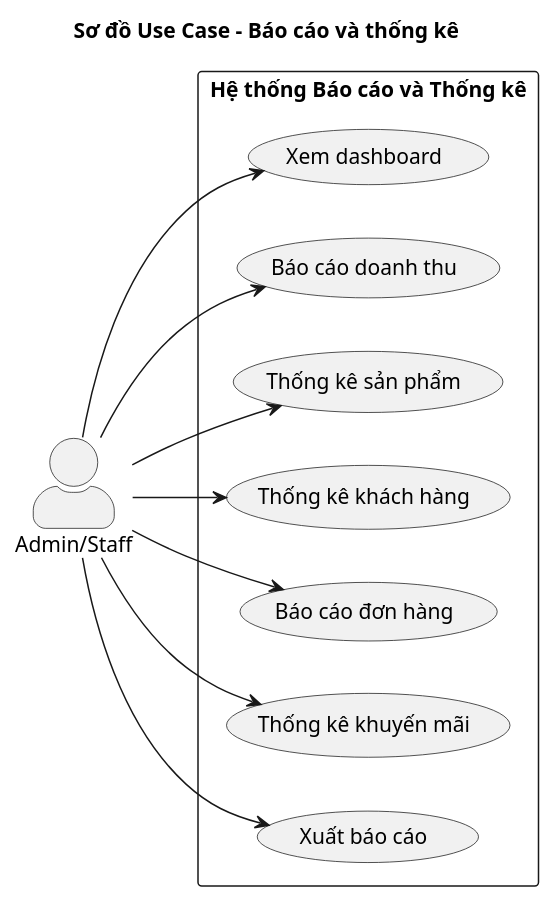
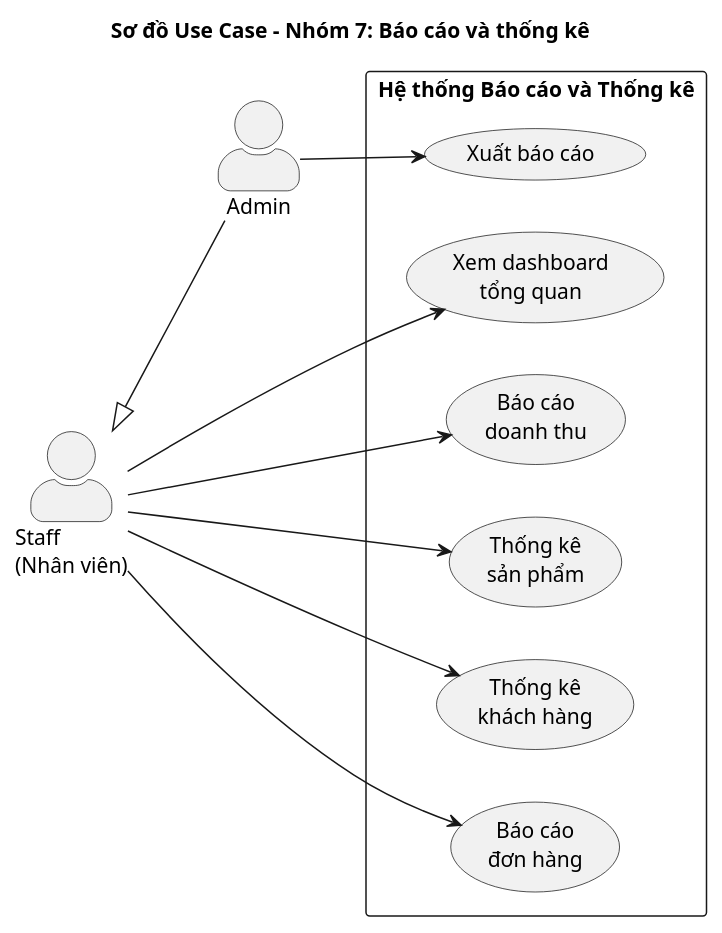
Before and after one commit to sangtm2612/DATN-BaoCao: the diagram in usecases/07_BaoCao_ThongKe.puml, drawn with PlantUML. The commit also changed 8 other files, not shown here.

```diff
--- a/usecases/07_BaoCao_ThongKe.puml
+++ b/usecases/07_BaoCao_ThongKe.puml
@@ -1,30 +1,35 @@
 @startuml 07_BaoCao_ThongKe
 skinparam actorStyle awesome
 skinparam packageStyle rectangle
 
-title Sơ đồ Use Case - Báo cáo và thống kê
+title Sơ đồ Use Case - Nhóm 7: Báo cáo và thống kê
 
 left to right direction
 
-actor "Admin/Staff" as admin
+actor "Staff\n(Nhân viên)" as staff
+actor "Admin" as admin
+
+' Quan hệ kế thừa - Admin có tất cả quyền của Staff
+staff <|-- admin
 
 package "Hệ thống Báo cáo và Thống kê" {
     
-    usecase "Xem dashboard" as UC701
-    usecase "Báo cáo doanh thu" as UC702
-    usecase "Thống kê sản phẩm" as UC703
-    usecase "Thống kê khách hàng" as UC704
-    usecase "Báo cáo đơn hàng" as UC705
-    usecase "Thống kê khuyến mãi" as UC706
-    usecase "Xuất báo cáo" as UC707
+    usecase "Xem dashboard\ntổng quan" as UC701
+    usecase "Báo cáo\ndoanh thu" as UC702
+    usecase "Thống kê\nsản phẩm" as UC703
+    usecase "Thống kê\nkhách hàng" as UC704
+    usecase "Báo cáo\nđơn hàng" as UC705
+    usecase "Xuất báo cáo" as UC706
 }
 
-admin --> UC701
-admin --> UC702
-admin --> UC703
-admin --> UC704
-admin --> UC705
+' Staff - xem báo cáo
+staff --> UC701
+staff --> UC702
+staff --> UC703
+staff --> UC704
+staff --> UC705
+
+' Admin - kế thừa Staff + xuất báo cáo
 admin --> UC706
-admin --> UC707
 
 @enduml
```
